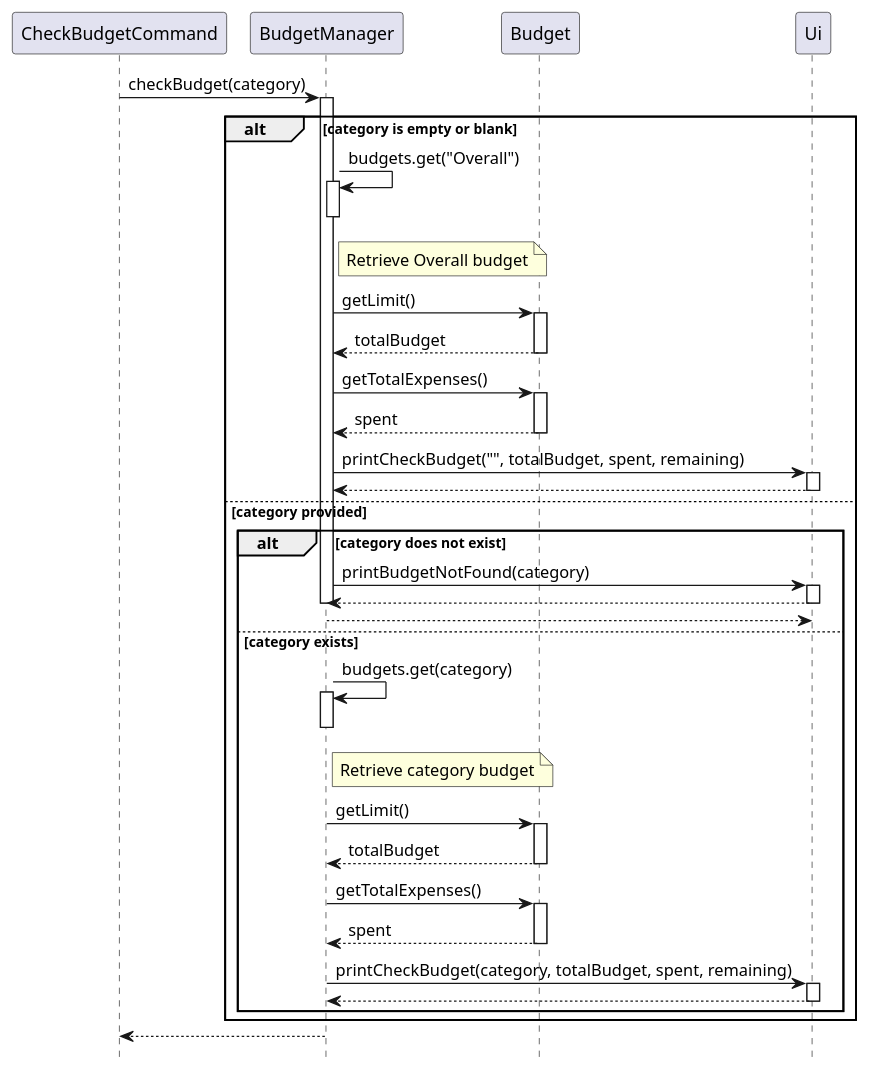
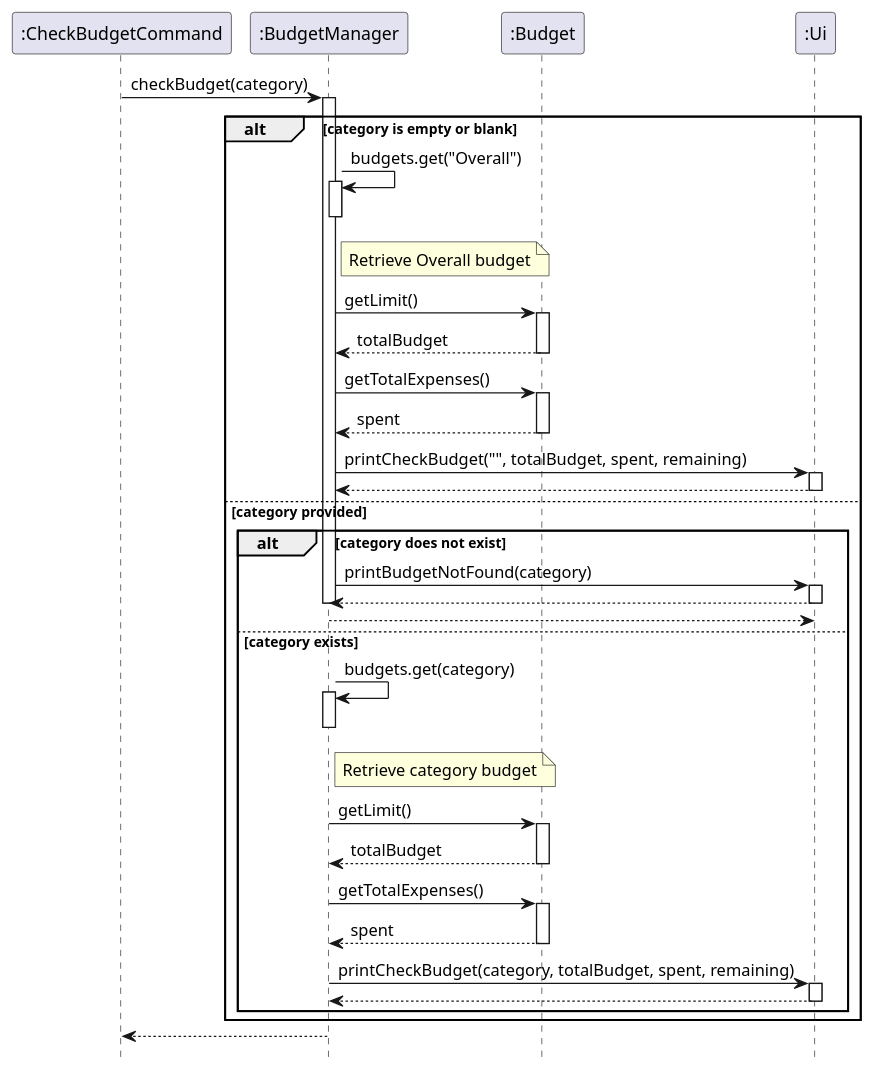
Before and after one commit to AY2425S2-CS2113-T12-4/tp: the diagram in docs/diagrams/CheckBudgetCommandSequenceDiagram.puml, drawn with PlantUML. The commit also changed 6 other files, not shown here.

```diff
--- a/docs/diagrams/CheckBudgetCommandSequenceDiagram.puml
+++ b/docs/diagrams/CheckBudgetCommandSequenceDiagram.puml
@@ -1,68 +1,68 @@
 @startuml
 hide circle
 skinparam classAttributeIconSize 0
 hide footbox
 
-participant "CheckBudgetCommand" as CBC
-participant "BudgetManager" as BM
-participant "Budget" as B
-participant "Ui" as UI
+participant ":CheckBudgetCommand" as CBC
+participant ":BudgetManager" as BM
+participant ":Budget" as B
+participant ":Ui" as UI
 
 CBC -> BM: checkBudget(category)
 activate BM
 
 alt category is empty or blank
     BM -> BM: budgets.get("Overall")
     activate BM
     note right of BM: Retrieve Overall budget
     deactivate BM
 
     BM -> B: getLimit()
     activate B
     B --> BM: totalBudget
     deactivate B
 
     BM -> B: getTotalExpenses()
     activate B
     B --> BM: spent
     deactivate B
 
     BM -> UI: printCheckBudget("", totalBudget, spent, remaining)
     activate UI
     UI --> BM
     deactivate UI
 
 else category provided
     alt category does not exist
         BM -> UI: printBudgetNotFound(category)
         activate UI
         UI --> BM
         deactivate UI
         deactivate BM
         return
     else category exists
         BM -> BM: budgets.get(category)
         activate BM
         note right of BM: Retrieve category budget
         deactivate BM
 
         BM -> B: getLimit()
         activate B
         B --> BM: totalBudget
         deactivate B
 
         BM -> B: getTotalExpenses()
         activate B
         B --> BM: spent
         deactivate B
 
         BM -> UI: printCheckBudget(category, totalBudget, spent, remaining)
         activate UI
         UI --> BM
         deactivate UI
     end
 end
 
 BM --> CBC
 deactivate BM
 @enduml
```
